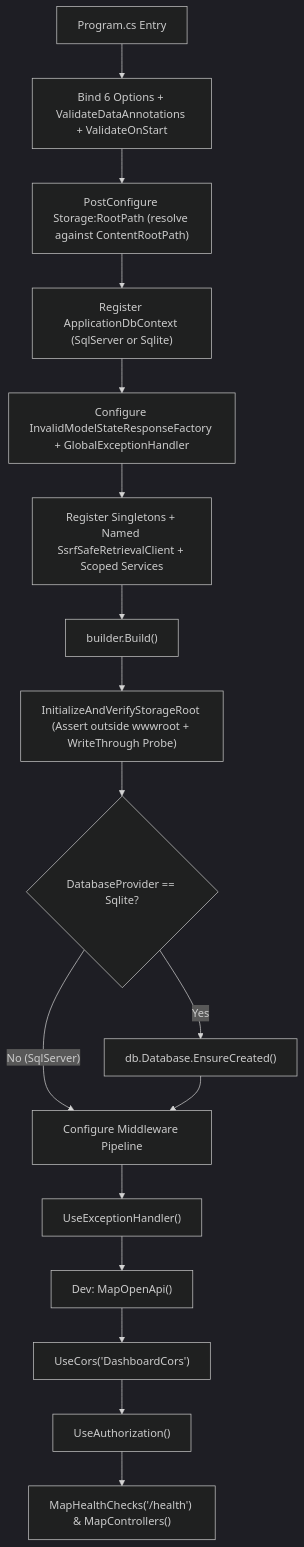
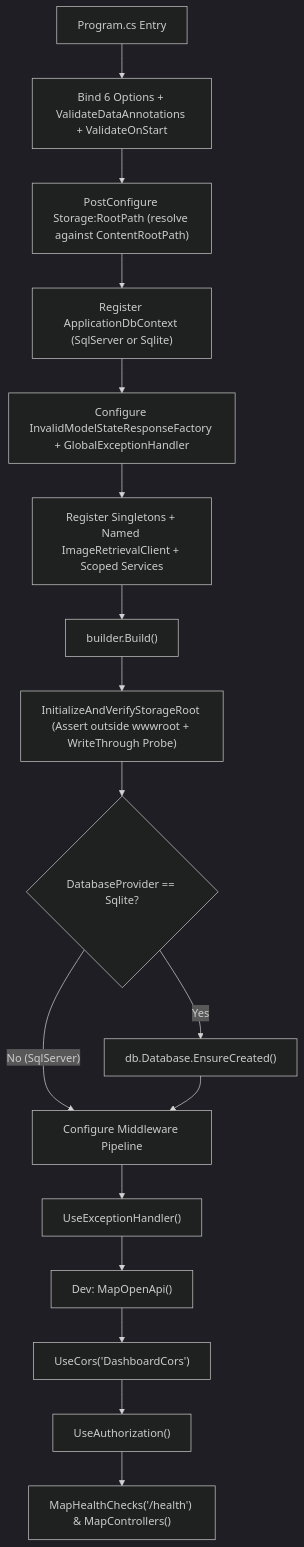
One commit to Suhas2609/URL-to-Image changed the second of 20 diagrams in docs/project-learning/01-complete-architecture-and-learning-guide.md. Above: the diagram before and after it, drawn with Mermaid (dark theme). The commit also changed other lines of this file and 26 other files, not shown here.

````diff
--- a/docs/project-learning/01-complete-architecture-and-learning-guide.md
+++ b/docs/project-learning/01-complete-architecture-and-learning-guide.md
@@ -262,15 +261,15 @@
 ```mermaid
 flowchart TD
     Start["Program.cs Entry"] --> Opts["Bind 6 Options + ValidateDataAnnotations + ValidateOnStart"]
     Opts --> PostCfg["PostConfigure Storage:RootPath (resolve against ContentRootPath)"]
     PostCfg --> DbReg["Register ApplicationDbContext (SqlServer or Sqlite)"]
     DbReg --> ExShape["Configure InvalidModelStateResponseFactory + GlobalExceptionHandler"]
-    ExShape --> HttpReg["Register Singletons + Named SsrfSafeRetrievalClient + Scoped Services"]
+    ExShape --> HttpReg["Register Singletons + Named ImageRetrievalClient + Scoped Services"]
     HttpReg --> Build["builder.Build()"]
     Build --> StorageCheck["InitializeAndVerifyStorageRoot (Assert outside wwwroot + WriteThrough Probe)"]
     StorageCheck --> SqliteCheck{"DatabaseProvider == Sqlite?"}
     SqliteCheck -->|"Yes"| EnsureDb["db.Database.EnsureCreated()"]
     SqliteCheck -->|"No (SqlServer)"| Mw["Configure Middleware Pipeline"]
     EnsureDb --> Mw
     Mw --> Mw1["UseExceptionHandler()"] --> Mw2["Dev: MapOpenApi()"] --> Mw3["UseCors('DashboardCors')"] --> Mw4["UseAuthorization()"] --> Mw5["MapHealthChecks('/health') & MapControllers()"]
 ```
````
